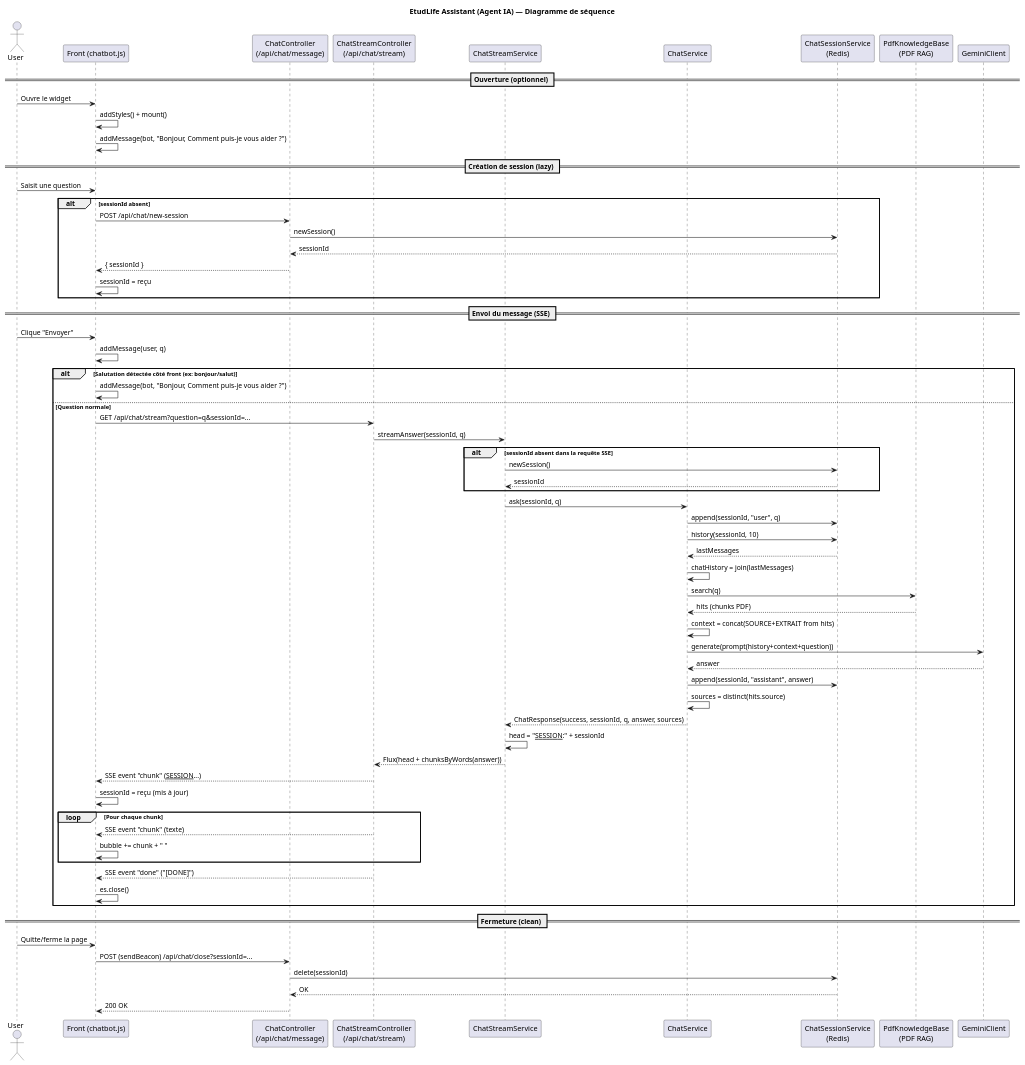
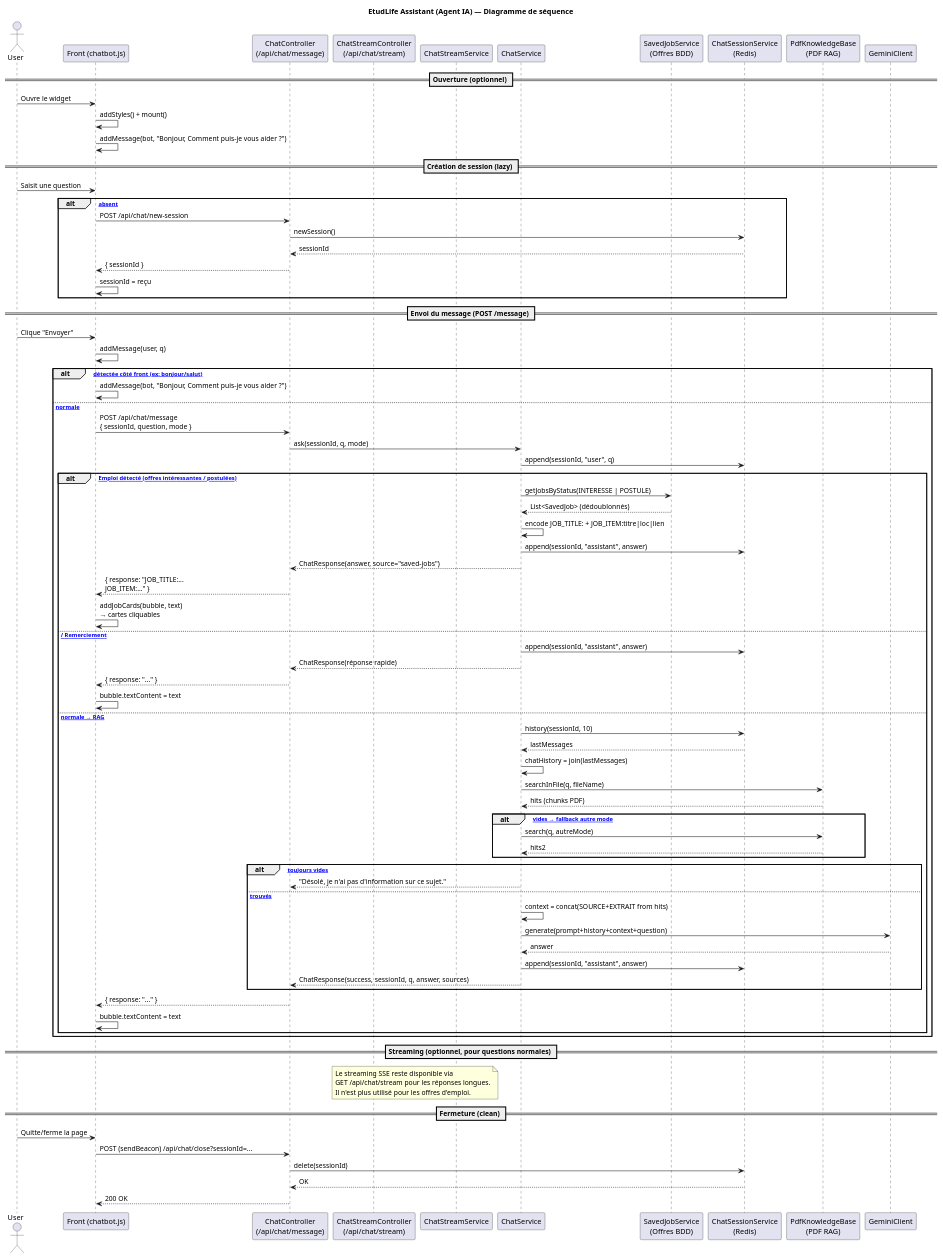
Before and after one commit to LynaBaouche/DevOps: the diagram in doc/diagrammes_de_sequence/agentia.puml, drawn with PlantUML. The commit also changed 9 other files, not shown here.

```diff
--- a/doc/diagrammes_de_sequence/agentia.puml
+++ b/doc/diagrammes_de_sequence/agentia.puml
@@ -1,83 +1,94 @@
 @startuml
 title EtudLife Assistant (Agent IA) — Diagramme de séquence
 
-actor User as U
-participant "Front (chatbot.js)" as FE
-participant "ChatController\n(/api/chat/message)" as CC
-participant "ChatStreamController\n(/api/chat/stream)" as CSC
-participant "ChatStreamService" as CSS
-participant "ChatService" as CS
-participant "ChatSessionService\n(Redis)" as SESS
-participant "PdfKnowledgeBase\n(PDF RAG)" as KB
-participant "GeminiClient" as GEM
+actor User
+participant "Front (chatbot.js)" as Front
+participant "ChatController\n(/api/chat/message)" as ChatCtrl
+participant "ChatStreamController\n(/api/chat/stream)" as StreamCtrl
+participant "ChatStreamService" as StreamSvc
+participant "ChatService" as ChatSvc
+participant "SavedJobService\n(Offres BDD)" as JobSvc
+participant "ChatSessionService\n(Redis)" as Redis
+participant "PdfKnowledgeBase\n(PDF RAG)" as RAG
+participant "GeminiClient" as Gemini
 
 == Ouverture (optionnel) ==
-U -> FE: Ouvre le widget
-FE -> FE: addStyles() + mount()
-FE -> FE: addMessage(bot, "Bonjour, Comment puis-je vous aider ?")
+User -> Front : Ouvre le widget
+Front -> Front : addStyles() + mount()
+Front -> Front : addMessage(bot, "Bonjour, Comment puis-je vous aider ?")
 
 == Création de session (lazy) ==
-U -> FE: Saisit une question
-alt sessionId absent
-  FE -> CC: POST /api/chat/new-session
-  CC -> SESS: newSession()
-  SESS --> CC: sessionId
-  CC --> FE: { sessionId }
-  FE -> FE: sessionId = reçu
+User -> Front : Saisit une question
+alt [sessionId absent]
+    Front -> ChatCtrl : POST /api/chat/new-session
+    ChatCtrl -> Redis : newSession()
+    Redis --> ChatCtrl : sessionId
+    ChatCtrl --> Front : { sessionId }
+    Front -> Front : sessionId = reçu
 end
 
-== Envoi du message (SSE) ==
-U -> FE: Clique "Envoyer"
-FE -> FE: addMessage(user, q)
+== Envoi du message (POST /message) ==
+User -> Front : Clique "Envoyer"
+Front -> Front : addMessage(user, q)
 
-alt Salutation détectée côté front (ex: bonjour/salut)
-  FE -> FE: addMessage(bot, "Bonjour, Comment puis-je vous aider ?")
-else Question normale
-  FE -> CSC: GET /api/chat/stream?question=q&sessionId=...
-  CSC -> CSS: streamAnswer(sessionId, q)
+alt [Salutation détectée côté front (ex: bonjour/salut)]
+    Front -> Front : addMessage(bot, "Bonjour, Comment puis-je vous aider ?")
+else [Question normale]
+    Front -> ChatCtrl : POST /api/chat/message\n{ sessionId, question, mode }
+    ChatCtrl -> ChatSvc : ask(sessionId, q, mode)
+    ChatSvc -> Redis : append(sessionId, "user", q)
 
-  alt sessionId absent dans la requête SSE
-    CSS -> SESS: newSession()
-    SESS --> CSS: sessionId
-  end
+    alt [Intent Emploi détecté (offres intéressantes / postulées)]
+        ChatSvc -> JobSvc : getJobsByStatus(INTERESSE | POSTULE)
+        JobSvc --> ChatSvc : List<SavedJob> (dédoublonnés)
+        ChatSvc -> ChatSvc : encode JOB_TITLE: + JOB_ITEM:titre|loc|lien
+        ChatSvc -> Redis : append(sessionId, "assistant", answer)
+        ChatSvc --> ChatCtrl : ChatResponse(answer, source="saved-jobs")
+        ChatCtrl --> Front : { response: "JOB_TITLE:...\nJOB_ITEM:..." }
+        Front -> Front : addJobCards(bubble, text)\n→ cartes cliquables
 
-  CSS -> CS: ask(sessionId, q)
+    else [Salutation / Remerciement]
+        ChatSvc -> Redis : append(sessionId, "assistant", answer)
+        ChatSvc --> ChatCtrl : ChatResponse(réponse rapide)
+        ChatCtrl --> Front : { response: "..." }
+        Front -> Front : bubble.textContent = text
 
-  CS -> SESS: append(sessionId, "user", q)
-  CS -> SESS: history(sessionId, 10)
-  SESS --> CS: lastMessages
-  CS -> CS: chatHistory = join(lastMessages)
-
-  CS -> KB: search(q)
-  KB --> CS: hits (chunks PDF)
-
-  CS -> CS: context = concat(SOURCE+EXTRAIT from hits)
-  CS -> GEM: generate(prompt(history+context+question))
-  GEM --> CS: answer
-
-  CS -> SESS: append(sessionId, "assistant", answer)
-  CS -> CS: sources = distinct(hits.source)
-  CS --> CSS: ChatResponse(success, sessionId, q, answer, sources)
-
-  CSS -> CSS: head = "__SESSION__:" + sessionId
-  CSS --> CSC: Flux(head + chunksByWords(answer))
-  CSC --> FE: SSE event "chunk" (__SESSION__...)
-  FE -> FE: sessionId = reçu (mis à jour)
-
-  loop Pour chaque chunk
-    CSC --> FE: SSE event "chunk" (texte)
-    FE -> FE: bubble += chunk + " "
-  end
-
-  CSC --> FE: SSE event "done" ("[DONE]")
-  FE -> FE: es.close()
+    else [Question normale → RAG]
+        ChatSvc -> Redis : history(sessionId, 10)
+        Redis --> ChatSvc : lastMessages
+        ChatSvc -> ChatSvc : chatHistory = join(lastMessages)
+        ChatSvc -> RAG : searchInFile(q, fileName)
+        RAG --> ChatSvc : hits (chunks PDF)
+        alt [hits vides → fallback autre mode]
+            ChatSvc -> RAG : search(q, autreMode)
+            RAG --> ChatSvc : hits2
+        end
+        alt [hits toujours vides]
+            ChatSvc --> ChatCtrl : "Désolé, je n'ai pas d'information sur ce sujet."
+        else [hits trouvés]
+            ChatSvc -> ChatSvc : context = concat(SOURCE+EXTRAIT from hits)
+            ChatSvc -> Gemini : generate(prompt+history+context+question)
+            Gemini --> ChatSvc : answer
+            ChatSvc -> Redis : append(sessionId, "assistant", answer)
+            ChatSvc --> ChatCtrl : ChatResponse(success, sessionId, q, answer, sources)
+        end
+        ChatCtrl --> Front : { response: "..." }
+        Front -> Front : bubble.textContent = text
+    end
 end
 
+== Streaming (optionnel, pour questions normales) ==
+note over StreamCtrl, StreamSvc
+  Le streaming SSE reste disponible via
+  GET /api/chat/stream pour les réponses longues.
+  Il n'est plus utilisé pour les offres d'emploi.
+end note
+
 == Fermeture (clean) ==
-U -> FE: Quitte/ferme la page
-FE -> CC: POST (sendBeacon) /api/chat/close?sessionId=...
-CC -> SESS: delete(sessionId)
-SESS --> CC: OK
-CC --> FE: 200 OK
+User -> Front : Quitte/ferme la page
+Front -> ChatCtrl : POST (sendBeacon) /api/chat/close?sessionId=...
+ChatCtrl -> Redis : delete(sessionId)
+Redis --> ChatCtrl : OK
+ChatCtrl --> Front : 200 OK
 
 @enduml
```
